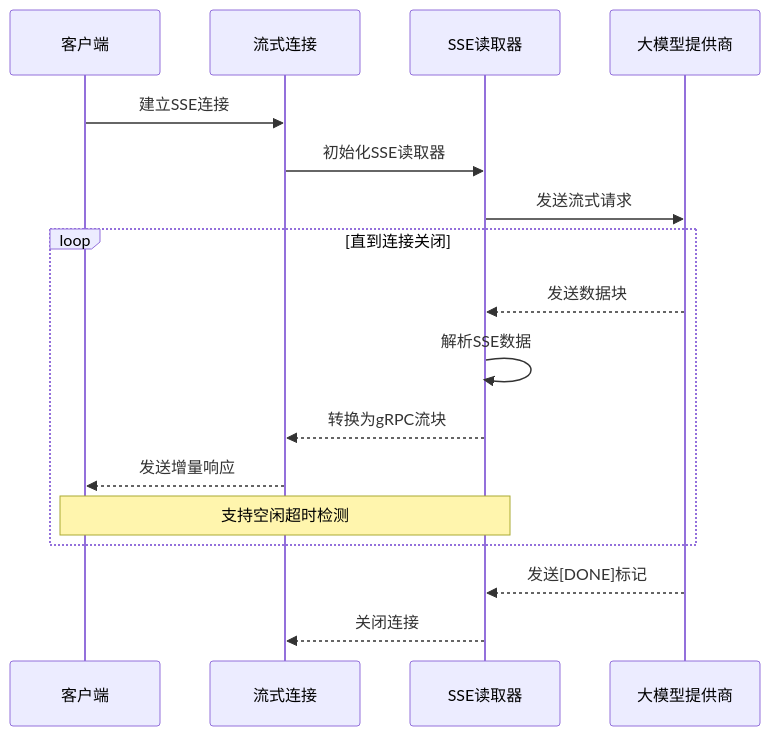
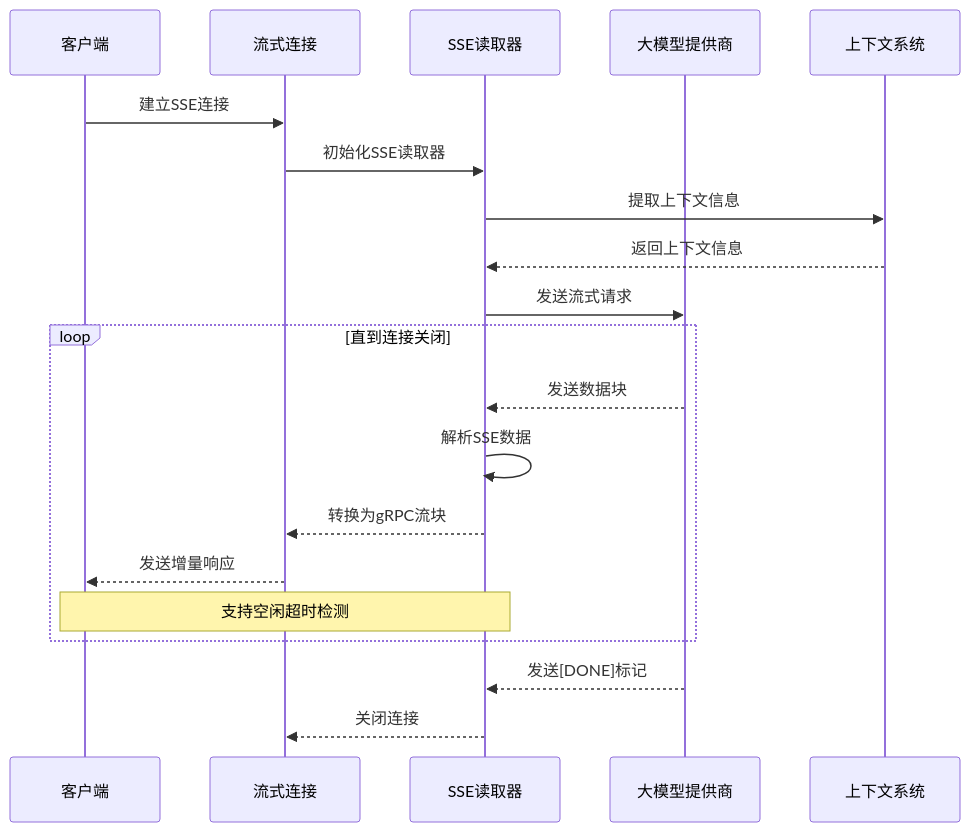
Before and after one commit to maomao94/zero-service: the fifth of 19 diagrams in .qoder/repowiki/zh/content/AI聊天服务迁移指南.md, drawn with Mermaid. The commit also changed other lines of this file and 58 other files, not shown here.

````diff
--- a/.qoder/repowiki/zh/content/AI聊天服务迁移指南.md
+++ b/.qoder/repowiki/zh/content/AI聊天服务迁移指南.md
@@ -262,19 +293,22 @@
 ```mermaid
 sequenceDiagram
 participant Client as 客户端
 participant Stream as 流式连接
 participant Reader as SSE读取器
 participant Provider as 大模型提供商
+participant Context as 上下文系统
 Client->>Stream : 建立SSE连接
 Stream->>Reader : 初始化SSE读取器
+Reader->>Context : 提取上下文信息
+Context-->>Reader : 返回上下文信息
 Reader->>Provider : 发送流式请求
 loop 直到连接关闭
 Provider-->>Reader : 发送数据块
 Reader->>Reader : 解析SSE数据
 Reader-->>Stream : 转换为gRPC流块
 Stream-->>Client : 发送增量响应
 Note over Reader,Client : 支持空闲超时检测
 end
 Provider-->>Reader : 发送[DONE]标记
 Reader-->>Stream : 关闭连接
 ```
````
